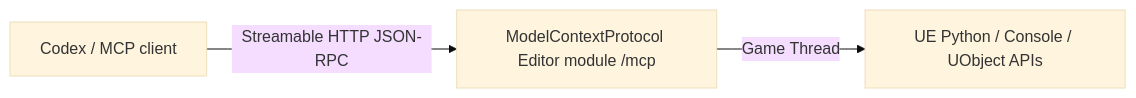
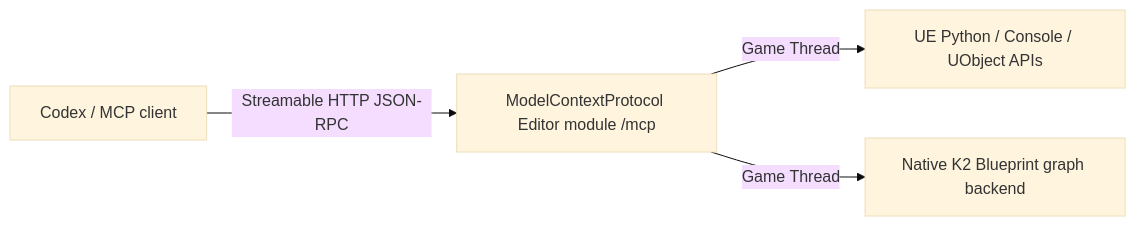
One commit to AvatarGanymede/ue5.7-mcp changed the diagram in docs/architecture.md. Above: the diagram before and after it, drawn with Mermaid (base theme). The commit also changed other lines of this file and 18 other files, not shown here.

First line of the commit message:
Add Blueprint graph editing and configurable port

````diff
--- a/docs/architecture.md
+++ b/docs/architecture.md
@@ -3,5 +3,6 @@
 ```mermaid
 flowchart LR
     A["Codex / MCP client"] -->|"Streamable HTTP JSON-RPC"| W["ModelContextProtocol Editor module /mcp"]
     W -->|"Game Thread"| U["UE Python / Console / UObject APIs"]
+    W -->|"Game Thread"| B["Native K2 Blueprint graph backend"]
 ```
````
